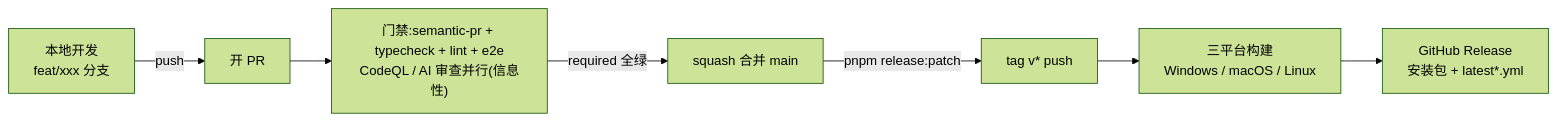
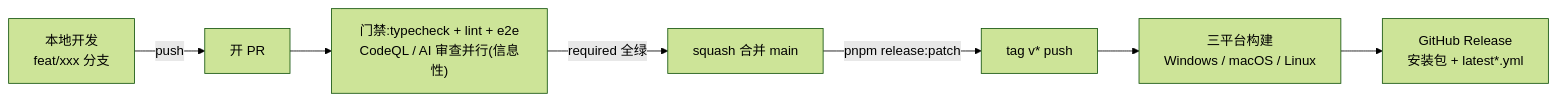
Before and after one commit to BanShan-Alec/electron-react-monorepo-template: the diagram in .github/CICD.md, drawn with Mermaid (forest theme). The commit also changed other lines of this file and 1 other file, not shown here.

First line of the commit message:
refactor(ci): 移除 Semantic PR 标题校验门禁

````diff
--- a/.github/CICD.md
+++ b/.github/CICD.md
@@ -98,9 +97,9 @@
 ```mermaid
 flowchart LR
   A["本地开发<br/>feat/xxx 分支"] -->|"push"| B["开 PR"]
-  B --> C["门禁:semantic-pr + typecheck + lint + e2e<br/>CodeQL / AI 审查并行(信息性)"]
+  B --> C["门禁:typecheck + lint + e2e<br/>CodeQL / AI 审查并行(信息性)"]
   C -->|"required 全绿"| D["squash 合并 main"]
   D -->|"pnpm release:patch"| E["tag v* push"]
   E --> F["三平台构建<br/>Windows / macOS / Linux"]
   F --> G["GitHub Release<br/>安装包 + latest*.yml"]
 ```
````
